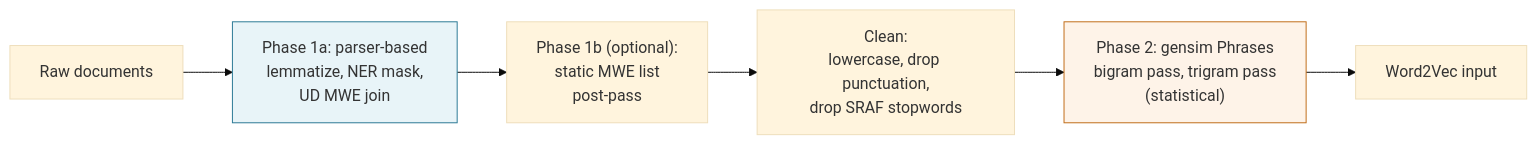
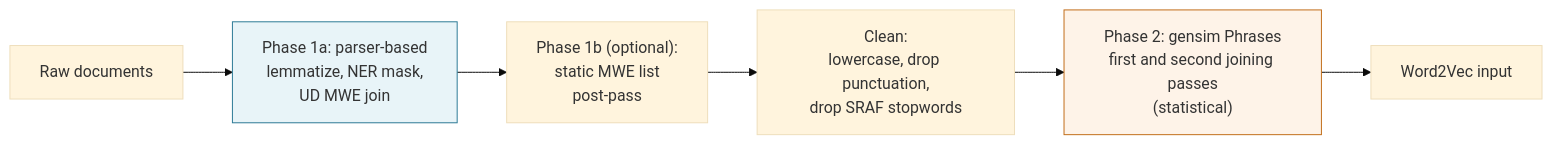
Before and after one commit to maifeng/lmsy_w2v_rfs: the diagram in docs/concepts/two-phase-preprocessing.md, drawn with Mermaid (base theme). The commit also changed other lines of this file and 26 other files, not shown here.

````diff
--- a/docs/concepts/two-phase-preprocessing.md
+++ b/docs/concepts/two-phase-preprocessing.md
@@ -9,11 +9,11 @@
 ```mermaid
 flowchart LR
     RAW[Raw documents] --> P1A["Phase 1a: parser-based\nlemmatize, NER mask,\nUD MWE join"]
     P1A --> P1B["Phase 1b (optional):\nstatic MWE list\npost-pass"]
     P1B --> CLEAN["Clean:\nlowercase, drop punctuation,\ndrop SRAF stopwords"]
-    CLEAN --> P2["Phase 2: gensim Phrases\nbigram pass, trigram pass\n(statistical)"]
+    CLEAN --> P2["Phase 2: gensim Phrases\nfirst and second joining passes\n(statistical)"]
     P2 --> W2V[Word2Vec input]
 
     style P1A fill:#e8f4f8,stroke:#2c7a96
     style P2 fill:#fef3e8,stroke:#c16d19
 ```
````
